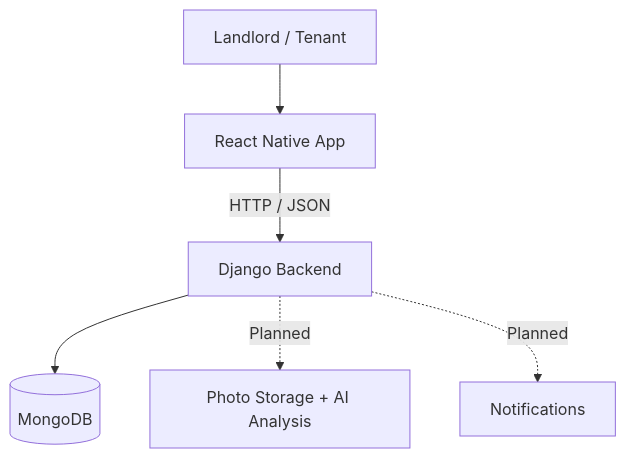
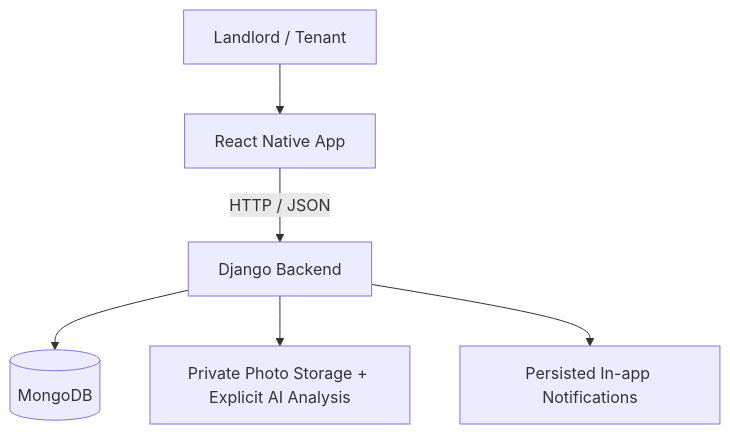
The diagram in README.md (jaskaranbhogal/LeaseGuard), drawn with Mermaid before and after one commit. The commit also changed other lines of this file and 6 other files, not shown here.

````diff
--- a/README.md
+++ b/README.md
@@ -58,8 +72,8 @@
 ```mermaid
 flowchart TD
     A[Landlord / Tenant] --> B[React Native App]
     B -->|HTTP / JSON| C[Django Backend]
     C --> D[(MongoDB)]
-    C -. Planned .-> E[Photo Storage + AI Analysis]
-    C -. Planned .-> F[Notifications]
+    C --> E[Private Photo Storage + Explicit AI Analysis]
+    C --> F[Persisted In-app Notifications]
 ```
````
